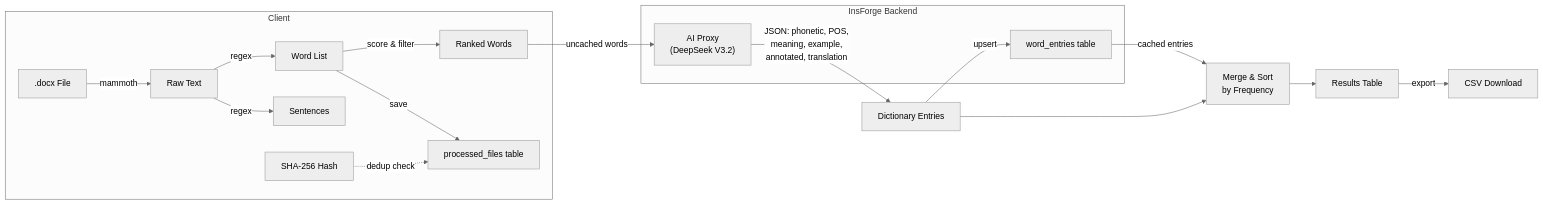
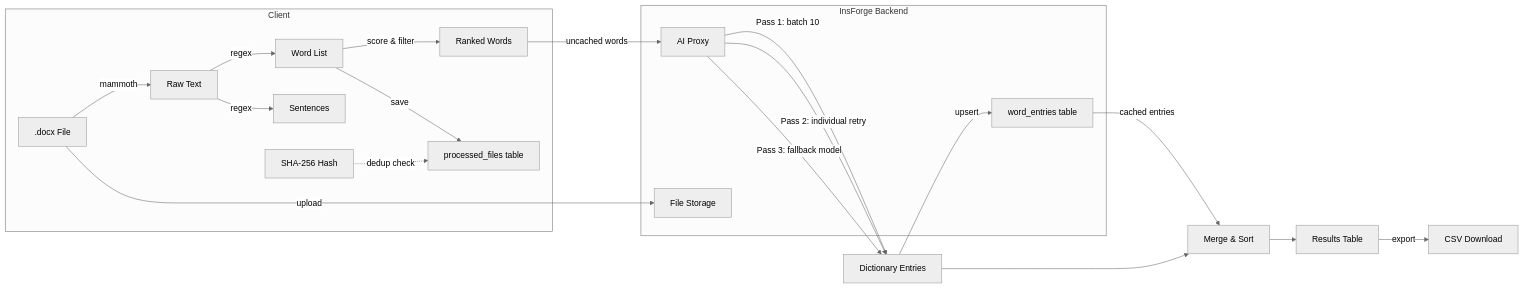
One commit to NaichuanZhang/wordwise changed the second of 3 diagrams in README.md. Above: the diagram before and after it, drawn with Mermaid (neutral theme). The commit also changed other lines of this file and 5 other files, not shown here.

Commit message:
feat: file library, dictionary tab, cascading retry, frequency refactor

````diff
--- a/README.md
+++ b/README.md
@@ -67,25 +80,29 @@
 ```mermaid
 flowchart LR
     subgraph Client
         DOCX[".docx File"] -->|mammoth| TEXT["Raw Text"]
         TEXT -->|regex| WORDS["Word List"]
         TEXT -->|regex| SENTS["Sentences"]
         WORDS -->|score & filter| RANKED["Ranked Words"]
         FILE_HASH["SHA-256 Hash"] -.->|dedup check| DB_CHECK
     end
 
     subgraph InsForge Backend
         DB_CHECK["processed_files table"]
         WORD_CACHE["word_entries table"]
-        AI_PROXY["AI Proxy<br/>(DeepSeek V3.2)"]
+        AI_PROXY["AI Proxy"]
+        STORAGE["File Storage"]
     end
 
+    DOCX -->|upload| STORAGE
     RANKED -->|uncached words| AI_PROXY
-    AI_PROXY -->|JSON: phonetic, POS,<br/>meaning, example,<br/>annotated, translation| ENTRIES["Dictionary Entries"]
+    AI_PROXY -->|Pass 1: batch 10| ENTRIES["Dictionary Entries"]
+    AI_PROXY -->|Pass 2: individual retry| ENTRIES
+    AI_PROXY -->|Pass 3: fallback model| ENTRIES
     ENTRIES -->|upsert| WORD_CACHE
     WORDS -->|save| DB_CHECK
-    WORD_CACHE -->|cached entries| MERGE["Merge & Sort<br/>by Frequency"]
+    WORD_CACHE -->|cached entries| MERGE["Merge & Sort"]
     ENTRIES --> MERGE
     MERGE --> TABLE["Results Table"]
     TABLE -->|export| CSV["CSV Download"]
 ```
````
